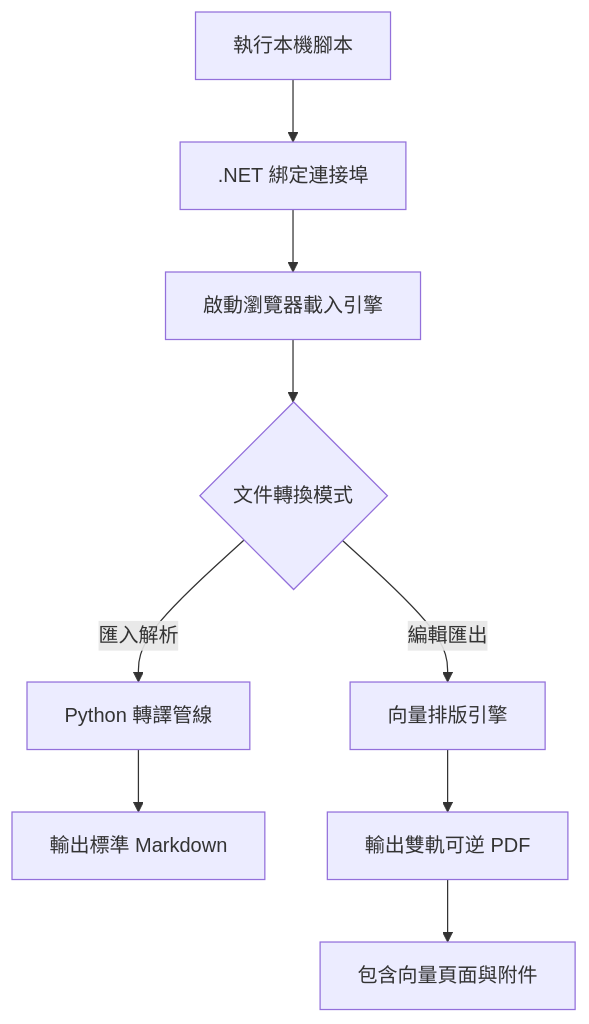
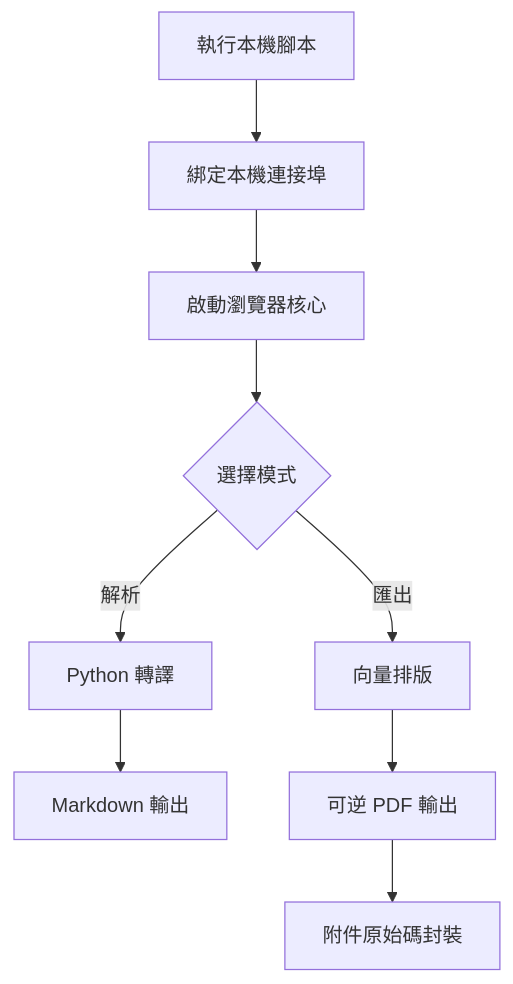
Before and after one commit to ystartgo/MD_exchange: the first of 3 diagrams in README.md, drawn with Mermaid. The commit also changed other lines of this file, not shown here.

````diff
--- a/README.md
+++ b/README.md
@@ -22,11 +44,11 @@
 ```mermaid
 flowchart TD
-    A[執行本機腳本] --> B[.NET 綁定連接埠]
-    B --> C[啟動瀏覽器載入引擎]
-    C --> D{文件轉換模式}
-    D -->|匯入解析| E[Python 轉譯管線]
-    D -->|編輯匯出| F[向量排版引擎]
-    E --> G[輸出標準 Markdown]
-    F --> H[輸出雙軌可逆 PDF]
-    H --> I[包含向量頁面與附件]
+    A["　執行本機腳本　"] --> B["　綁定本機連接埠　"]
+    B --> C["　啟動瀏覽器核心　"]
+    C --> D{"　選擇模式　"}
+    D -->|解析| E["　Python 轉譯　"]
+    D -->|匯出| F["　向量排版　"]
+    E --> G["　Markdown 輸出　"]
+    F --> H["　可逆 PDF 輸出　"]
+    H --> I["　附件原始碼封裝　"]
 ```
````
